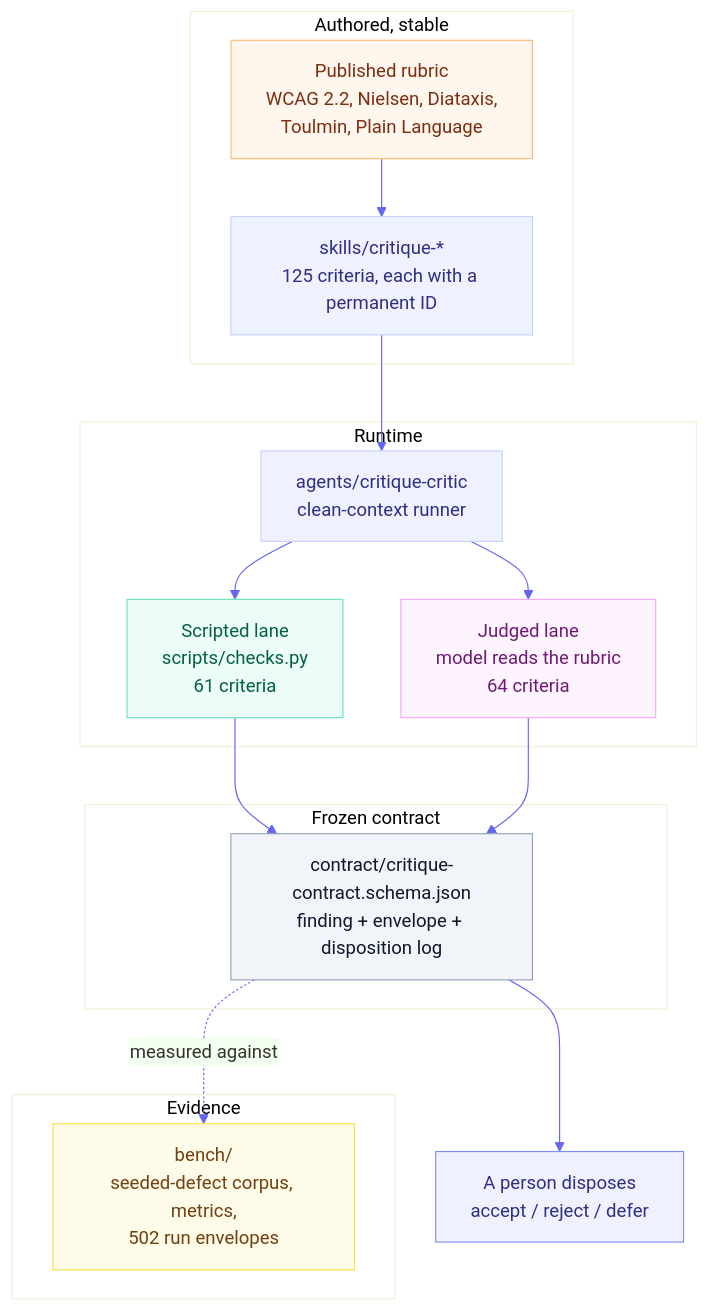
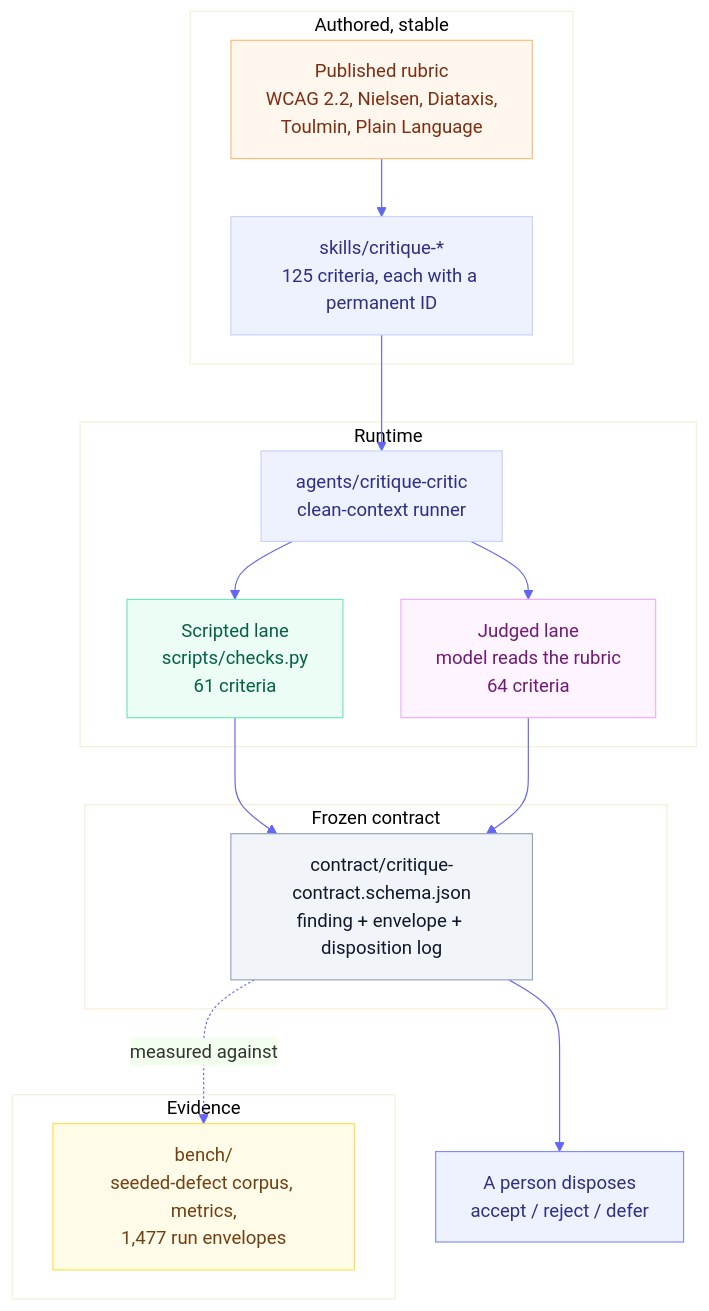
Before and after one commit to product-on-purpose/critique-skills: the diagram in docs/explanation/architecture.md, drawn with Mermaid. The commit also changed 4 other files, not shown here.

First line of the commit message:
docs: view the Mermaid diagrams in both themes, file the label clipping (E40, E74) (#114)

````diff
--- a/docs/explanation/architecture.md
+++ b/docs/explanation/architecture.md
@@ -24,36 +24,36 @@
 ```mermaid
 %%{init: {'theme':'base','themeVariables':{'primaryColor':'#eef2ff','primaryBorderColor':'#c7d2fe','lineColor':'#6366f1','fontFamily':'system-ui, sans-serif'}}}%%
 flowchart TD
   subgraph authored["Authored, stable"]
     rubric["Published rubric<br/>WCAG 2.2, Nielsen, Diataxis,<br/>Toulmin, Plain Language"]:::src
     skill["skills/critique-*<br/>125 criteria, each with a permanent ID"]:::comp
   end
   subgraph runtime["Runtime"]
     critic["agents/critique-critic<br/>clean-context runner"]:::comp
     scripted["Scripted lane<br/>scripts/checks.py<br/>61 criteria"]:::det
     judged["Judged lane<br/>model reads the rubric<br/>64 criteria"]:::mod
   end
   subgraph frozen["Frozen contract"]
     schema["contract/critique-contract.schema.json<br/>finding + envelope + disposition log"]:::contract
   end
   subgraph evidence["Evidence"]
-    bench["bench/<br/>seeded-defect corpus, metrics,<br/>502 run envelopes"]:::ev
+    bench["bench/<br/>seeded-defect corpus, metrics,<br/>1,477 run envelopes"]:::ev
   end
 
   rubric --> skill
   skill --> critic
   critic --> scripted
   critic --> judged
   scripted --> schema
   judged --> schema
   schema --> human["A person disposes<br/>accept / reject / defer"]:::out
   schema -.measured against.-> bench
 
   classDef src fill:#fff7ed,stroke:#fdba74,color:#7c2d12
   classDef comp fill:#eef2ff,stroke:#c7d2fe,color:#312e81
   classDef det fill:#ecfdf5,stroke:#6ee7b7,color:#065f46
   classDef mod fill:#fdf4ff,stroke:#f0abfc,color:#701a75
   classDef contract fill:#f1f5f9,stroke:#94a3b8,color:#0f172a
   classDef ev fill:#fefce8,stroke:#fde047,color:#713f12
   classDef out fill:#eef2ff,stroke:#818cf8,color:#312e81
 ```
````
